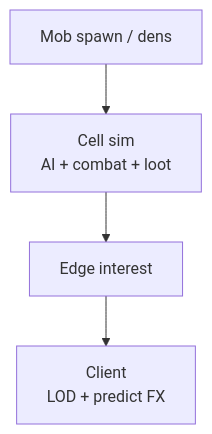
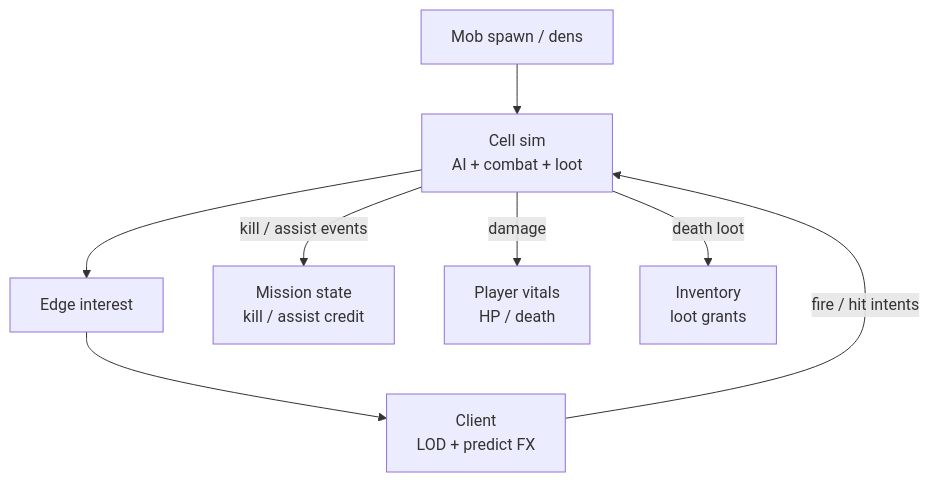
The first of 2 diagrams in docs/docs/architecture/mobs.md (AlanGreyjoy/claudecitizen), drawn with Mermaid before and after one commit. The commit also changed other lines of this file and 94 other files, not shown here.

First line of the commit message:
feat(docs): expand architecture documentation for planets, missions, and factions

````diff
--- a/docs/docs/architecture/mobs.md
+++ b/docs/docs/architecture/mobs.md
@@ -75,9 +80,16 @@
 ```mermaid
 flowchart TB
   Spawn["Mob spawn / dens"]
   Cell["Cell sim<br/>AI + combat + loot"]
   Edge["Edge interest"]
   Client["Client<br/>LOD + predict FX"]
+  Mission["Mission state<br/>kill / assist credit"]
+  Player["Player vitals<br/>HP / death"]
+  Inv["Inventory<br/>loot grants"]
   Spawn --> Cell
+  Client -->|"fire / hit intents"| Cell
   Cell --> Edge --> Client
+  Cell -->|"kill / assist events"| Mission
+  Cell -->|"damage"| Player
+  Cell -->|"death loot"| Inv
 ```
````
